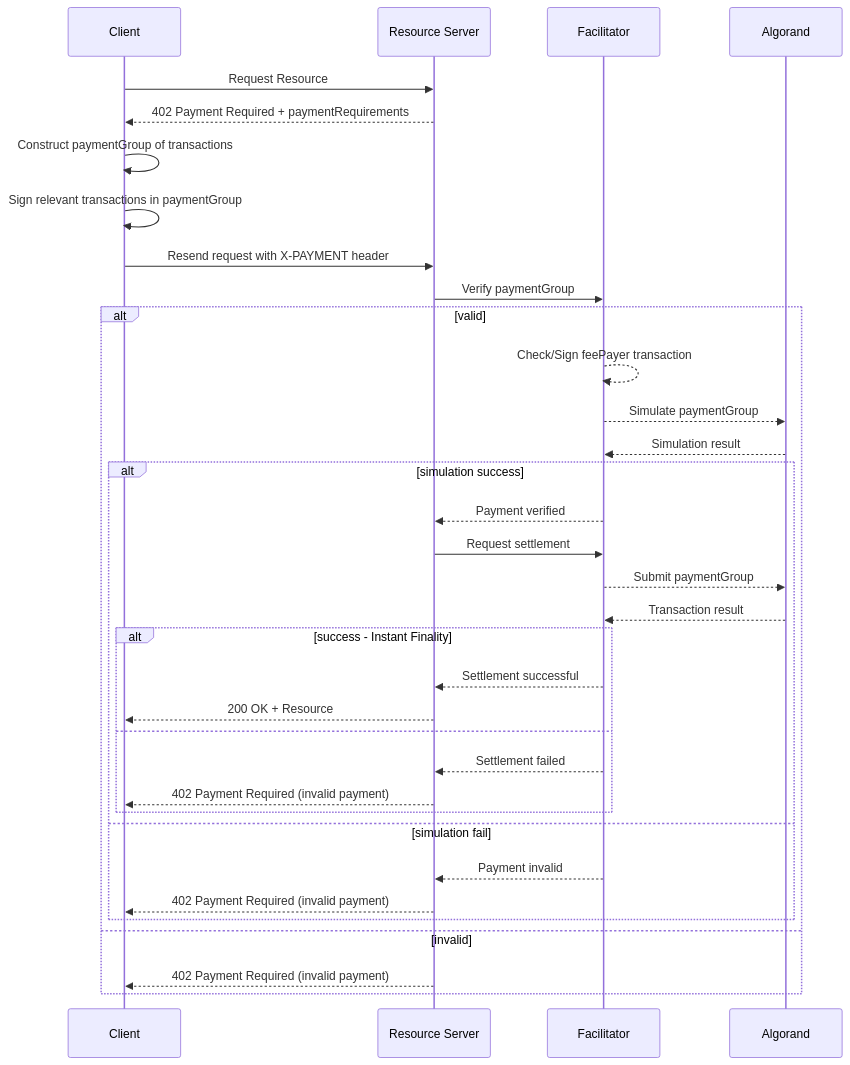
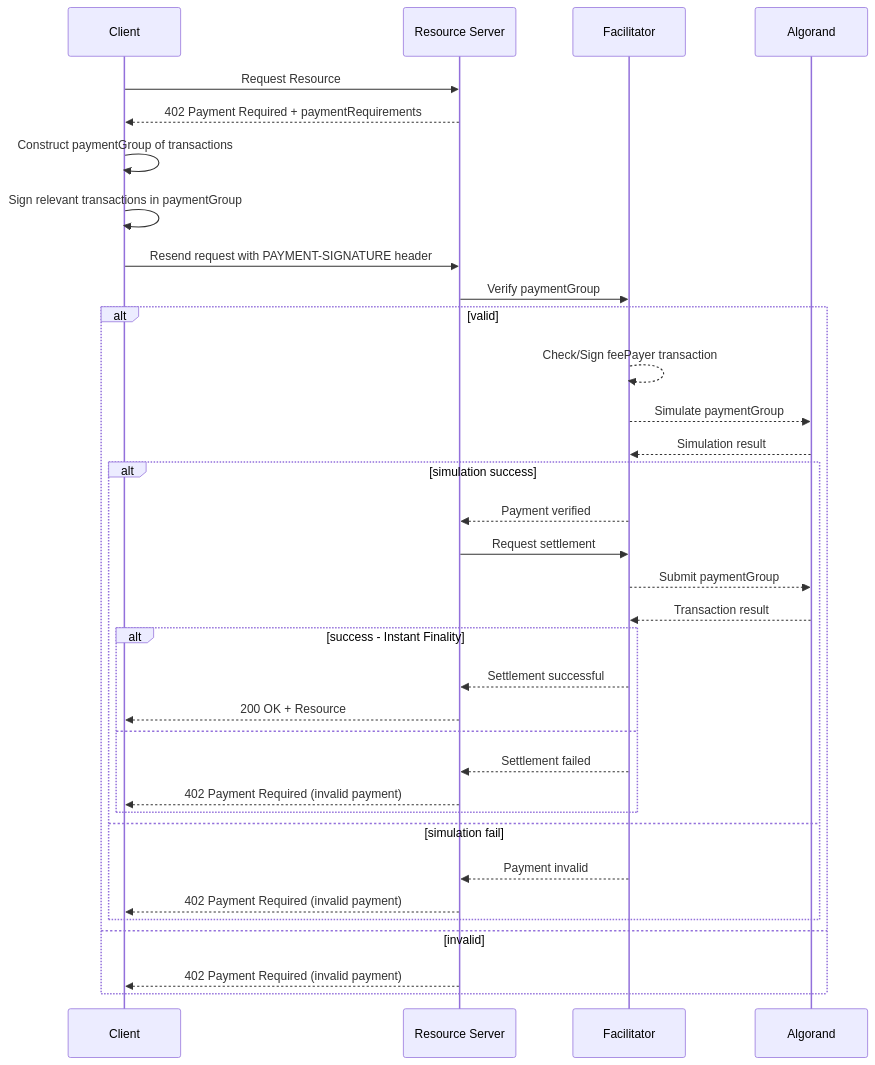
Before and after one commit to GoPlausible/.github: the diagram in profile/algorand-x402-guide/scheme_exact_avm.md, drawn with Mermaid. The commit also changed other lines of this file, not shown here.

````diff
--- a/profile/algorand-x402-guide/scheme_exact_avm.md
+++ b/profile/algorand-x402-guide/scheme_exact_avm.md
@@ -9,39 +9,39 @@
 ```mermaid
   sequenceDiagram
     participant C as Client
     participant R as Resource Server
     participant F as Facilitator
     participant A as Algorand
 
     C->>R: Request Resource
     R-->>C: 402 Payment Required + paymentRequirements
     C->>C: Construct paymentGroup of transactions
     C->>C: Sign relevant transactions in paymentGroup
-    C->>R: Resend request with X-PAYMENT header
+    C->>R: Resend request with PAYMENT-SIGNATURE header
     R->>F: Verify paymentGroup
     alt valid
       F-->>F: Check/Sign feePayer transaction
       F-->>A: Simulate paymentGroup
       A-->>F: Simulation result
       alt simulation success
         F-->>R: Payment verified
         R->>F: Request settlement
         F-->>A: Submit paymentGroup
         A-->>F: Transaction result
         alt success - Instant Finality
           F-->>R: Settlement successful
           R-->>C: 200 OK + Resource
         else
           F-->>R: Settlement failed
           R-->>C: 402 Payment Required (invalid payment)
         end
       else simulation fail
         F-->>R: Payment invalid
         R-->>C: 402 Payment Required (invalid payment)
       end
 
 
     else invalid
       R-->>C: 402 Payment Required (invalid payment)
     end
 ```
````
